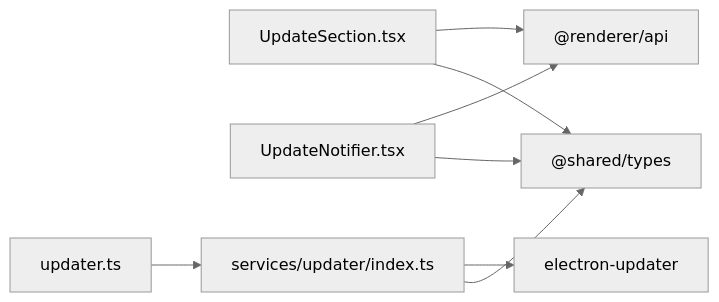
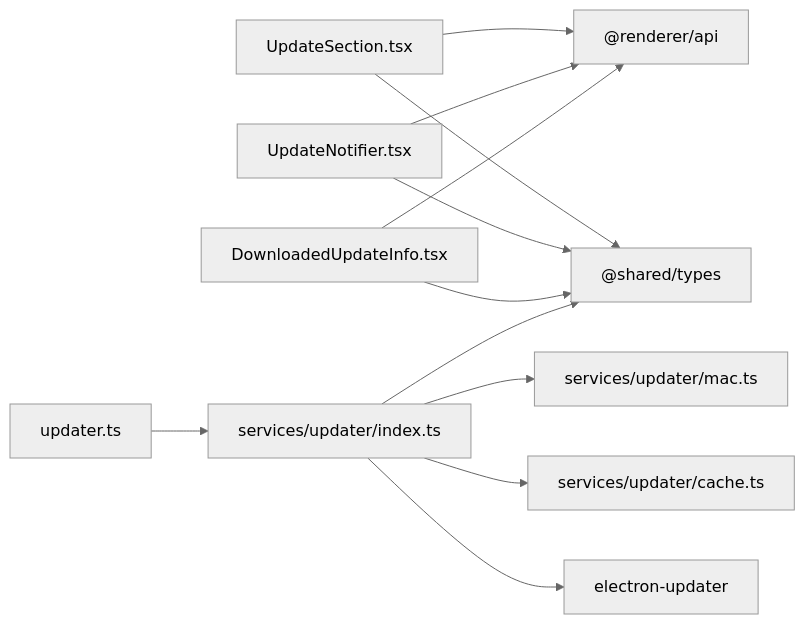
The fifth of 5 diagrams in .qoder/repowiki/zh/content/前端应用架构/页面组件/设置页面/更新设置区块.md (hozeeee/script-box), drawn with Mermaid (neutral theme) before and after one commit. The commit also changed other lines of this file and 5 other files, not shown here.

````diff
--- a/.qoder/repowiki/zh/content/前端应用架构/页面组件/设置页面/更新设置区块.md
+++ b/.qoder/repowiki/zh/content/前端应用架构/页面组件/设置页面/更新设置区块.md
@@ -259,10 +417,14 @@
 ```mermaid
 graph LR
 UI["UpdateSection.tsx"] --> API["@renderer/api"]
 UI --> Types["@shared/types"]
 Notifier["UpdateNotifier.tsx"] --> API
 Notifier --> Types
+DownloadedInfo["DownloadedUpdateInfo.tsx"] --> API
+DownloadedInfo --> Types
 IPC["updater.ts"] --> Service["services/updater/index.ts"]
 Service --> AU["electron-updater"]
 Service --> Types
+Service --> Cache["services/updater/cache.ts"]
+Service --> Mac["services/updater/mac.ts"]
 ```
````
